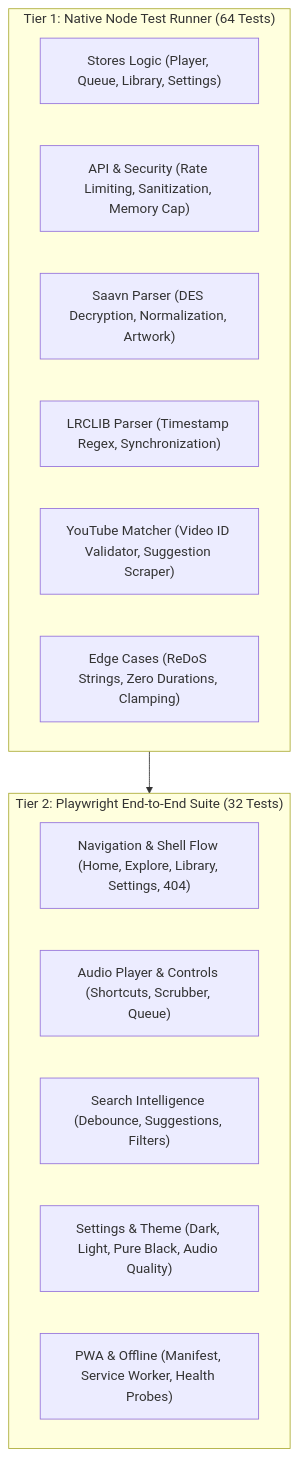
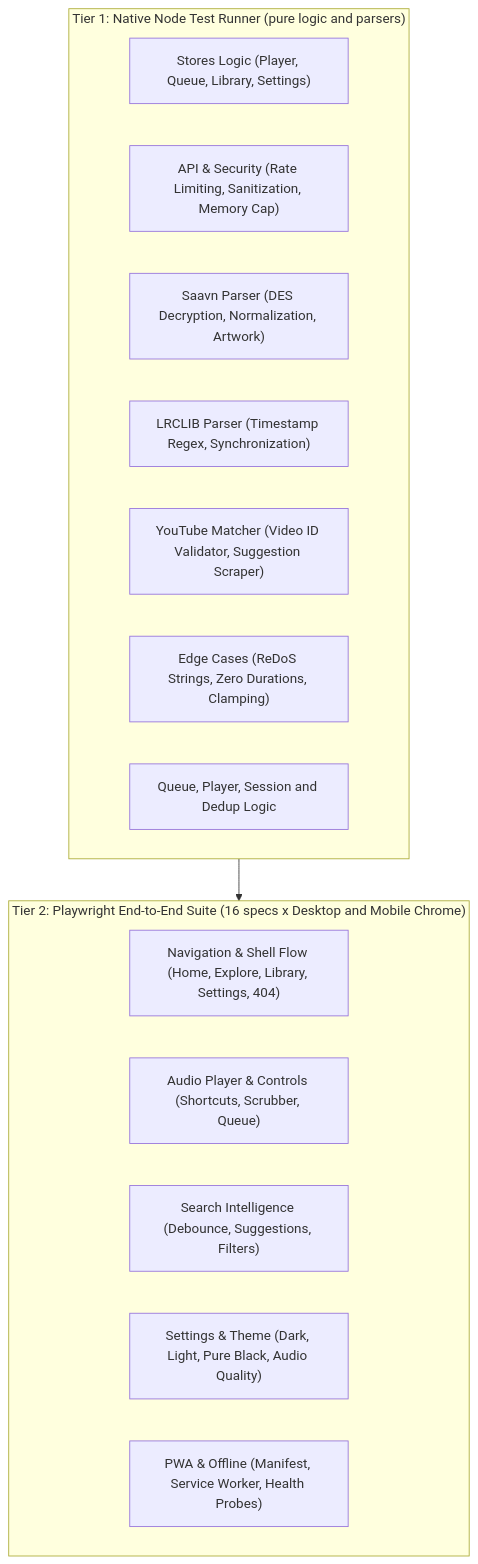
Before and after one commit to binarybuddiesdev-wq/free-music: the eighth of 8 diagrams in docs/architecture/architecture.md, drawn with Mermaid. The commit also changed other lines of this file and 2 other files, not shown here.

First line of the commit message:
docs/ci: refresh architecture doc, fix README links, add e2e job, use Node 24 in CI

````diff
--- a/docs/architecture/architecture.md
+++ b/docs/architecture/architecture.md
@@ -360,21 +376,22 @@
 ```mermaid
 graph TD
-    subgraph E2E["Tier 2: Playwright End-to-End Suite (32 Tests)"]
+    subgraph E2E["Tier 2: Playwright End-to-End Suite (16 specs x Desktop and Mobile Chrome)"]
         P1["Navigation & Shell Flow (Home, Explore, Library, Settings, 404)"]
         P2["Audio Player & Controls (Shortcuts, Scrubber, Queue)"]
         P3["Search Intelligence (Debounce, Suggestions, Filters)"]
         P4["Settings & Theme (Dark, Light, Pure Black, Audio Quality)"]
         P5["PWA & Offline (Manifest, Service Worker, Health Probes)"]
     end
 
-    subgraph Unit["Tier 1: Native Node Test Runner (64 Tests)"]
+    subgraph Unit["Tier 1: Native Node Test Runner (pure logic and parsers)"]
         U1["Stores Logic (Player, Queue, Library, Settings)"]
         U2["API & Security (Rate Limiting, Sanitization, Memory Cap)"]
         U3["Saavn Parser (DES Decryption, Normalization, Artwork)"]
         U4["LRCLIB Parser (Timestamp Regex, Synchronization)"]
         U5["YouTube Matcher (Video ID Validator, Suggestion Scraper)"]
         U6["Edge Cases (ReDoS Strings, Zero Durations, Clamping)"]
+        U7["Queue, Player, Session and Dedup Logic"]
     end
 
     Unit --> E2E
 ```
````
